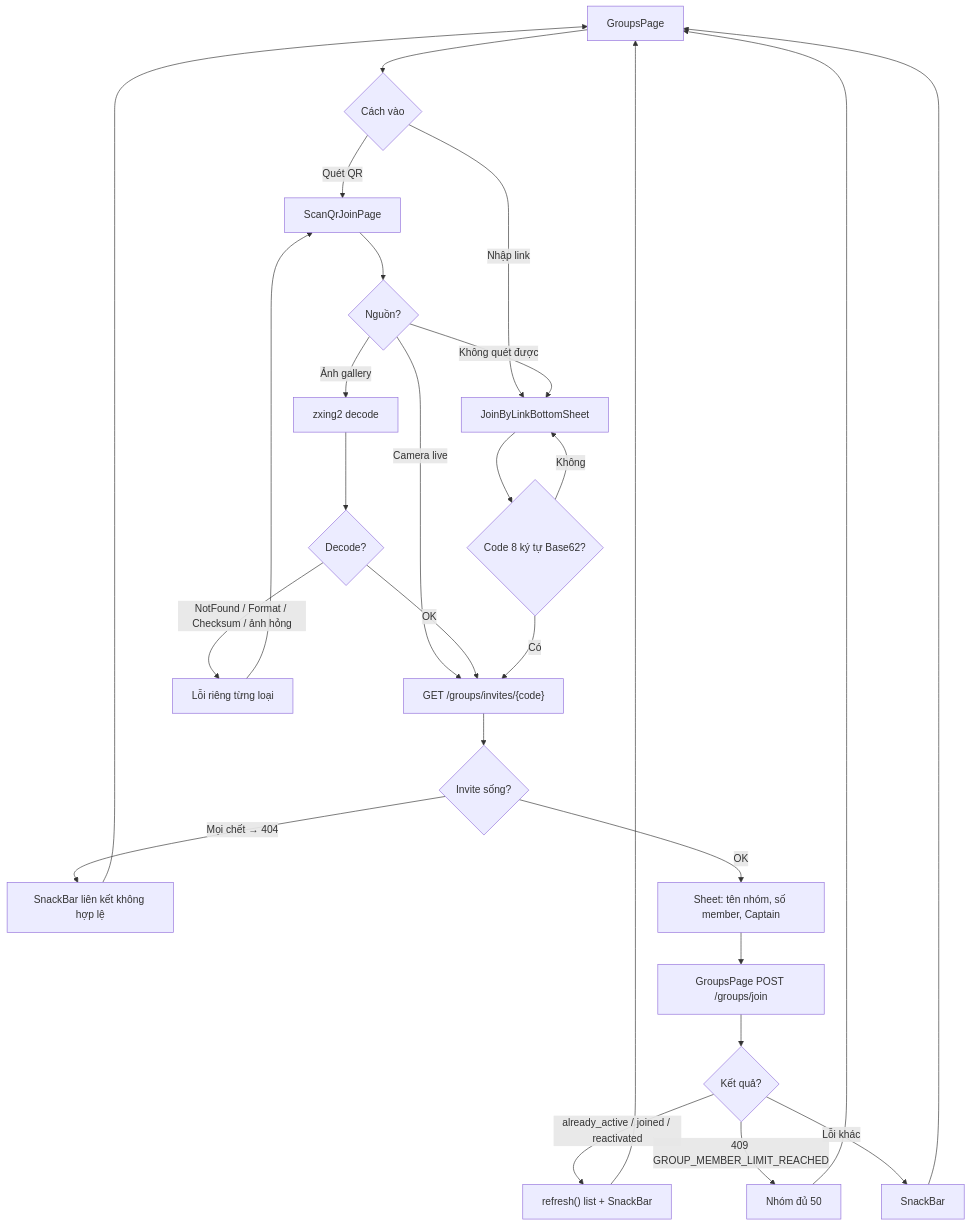
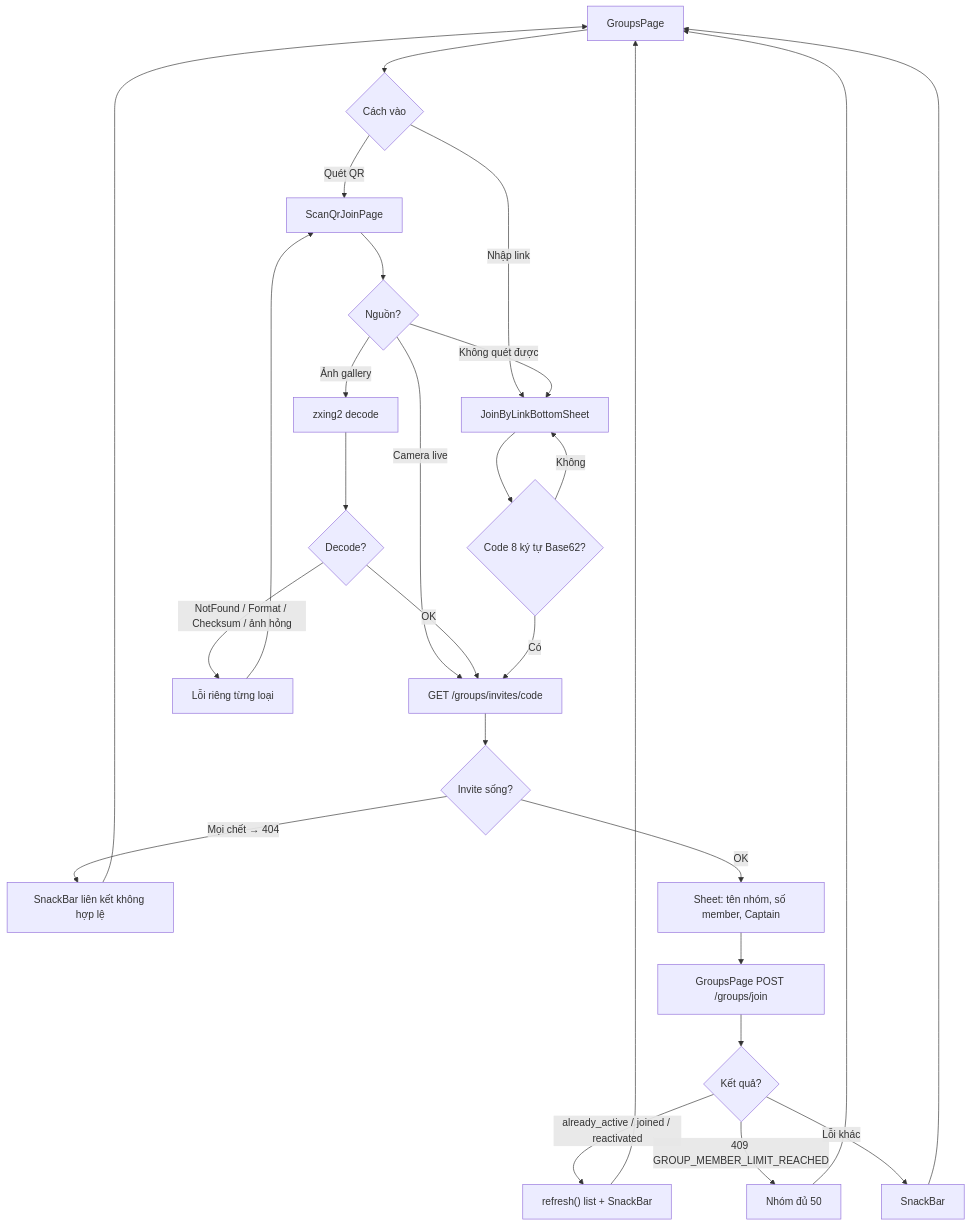
One commit to FintechVSF-Tranning/PaySplit-RP changed the sixth of 7 diagrams in flow/02-group.md. Above: the diagram before and after it, drawn with Mermaid. The commit also changed other lines of this file and 7 other files, not shown here.

First line of the commit message:
Refactor notification flow and admin management documentation

````diff
--- a/flow/02-group.md
+++ b/flow/02-group.md
@@ -293,25 +347,25 @@
 ```mermaid
 flowchart TD
     A["GroupsPage"] --> B{"Cách vào"}
     B -->|"Nhập link"| C["JoinByLinkBottomSheet"]
     B -->|"Quét QR"| D["ScanQrJoinPage"]
     D --> E{"Nguồn?"}
     E -->|"Camera live"| I
     E -->|"Ảnh gallery"| F["zxing2 decode"]
     F --> G{"Decode?"}
     G -->|"NotFound / Format / Checksum / ảnh hỏng"| H["Lỗi riêng từng loại"] --> D
     G -->|"OK"| I
     E -->|"Không quét được"| C
     C --> J{"Code 8 ký tự Base62?"}
     J -->|"Không"| C
-    J -->|"Có"| I["GET /groups/invites/{code}"]
+    J -->|"Có"| I["GET /groups/invites/code"]
     I --> K{"Invite sống?"}
     K -->|"Mọi chết → 404"| L["SnackBar liên kết không hợp lệ"] --> A
     K -->|"OK"| M["Sheet: tên nhóm, số member, Captain"]
     M --> N["GroupsPage POST /groups/join"]
     N --> O{"Kết quả?"}
     O -->|"already_active / joined / reactivated"| P["refresh() list + SnackBar"]
     O -->|"409 GROUP_MEMBER_LIMIT_REACHED"| Q["Nhóm đủ 50"] --> A
     O -->|"Lỗi khác"| R["SnackBar"] --> A
     P --> A
 ```
````
